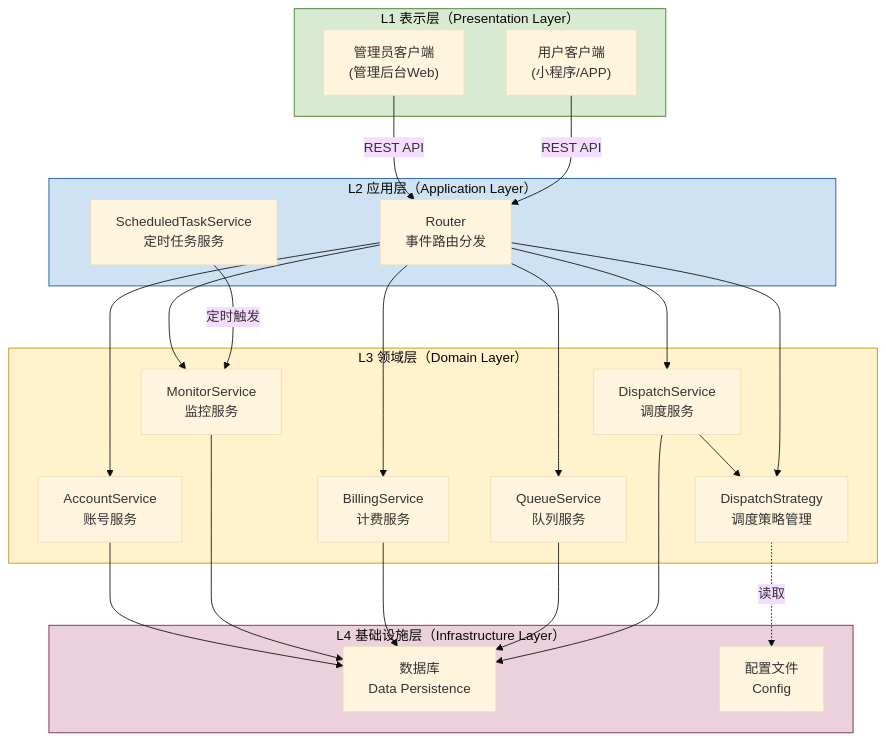
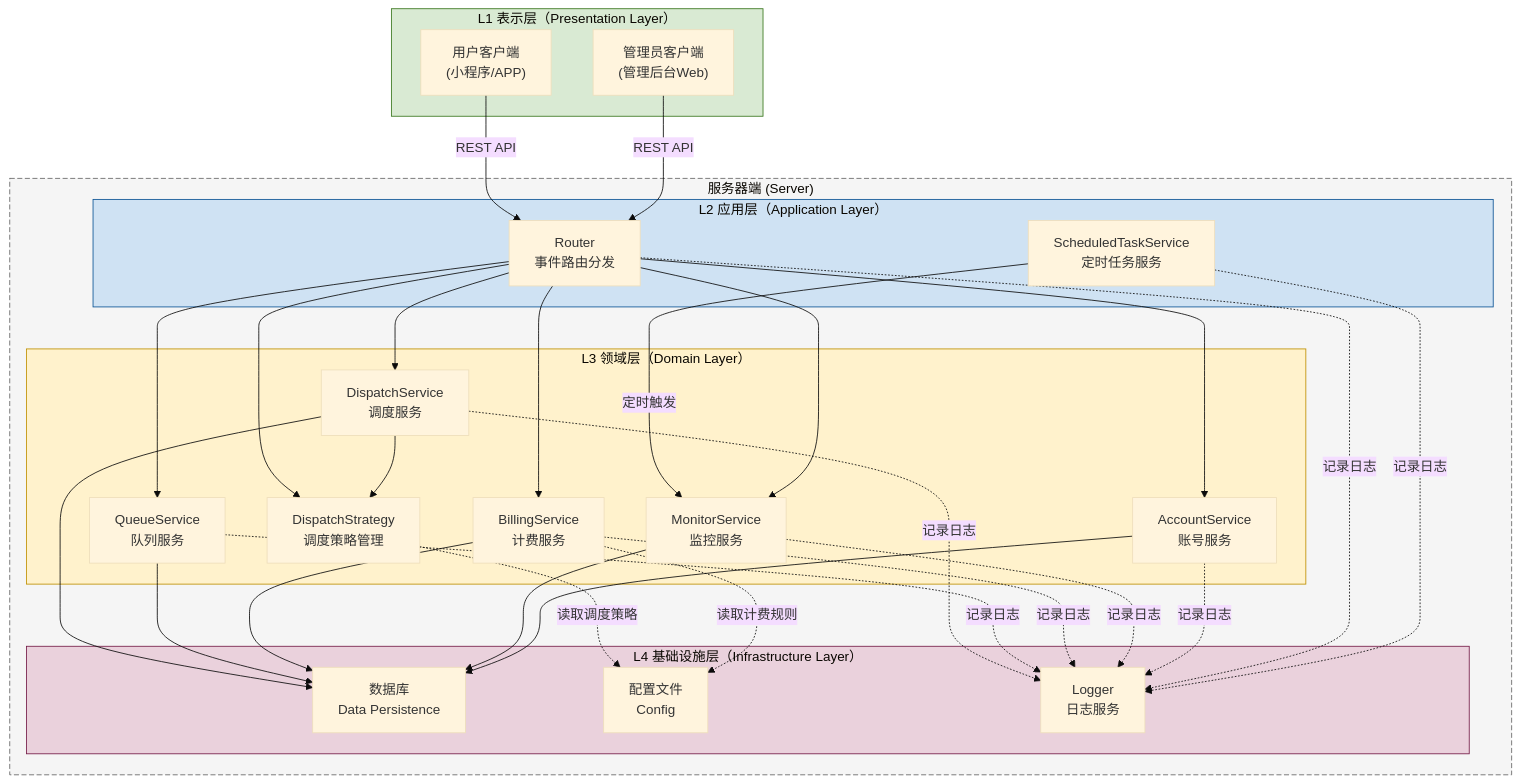
Before and after one commit to DuHaoyang626/charge-system: the first of 2 diagrams in docs/系统架构设计文档.md, drawn with Mermaid (base theme). The commit also changed other lines of this file and 3 other files, not shown here.

````diff
--- a/docs/系统架构设计文档.md
+++ b/docs/系统架构设计文档.md
@@ -24,50 +24,66 @@
 ```mermaid
 flowchart TD
     subgraph L1["L1 表示层（Presentation Layer）"]
         UC["用户客户端<br/>(小程序/APP)"]
         AC["管理员客户端<br/>(管理后台Web)"]
     end
     
-    subgraph L2["L2 应用层（Application Layer）"]
-        Router["Router<br/>事件路由分发"]
-        Scheduler["ScheduledTaskService<br/>定时任务服务"]
+    subgraph Server["服务器端 (Server)"]
+    
+        subgraph L2["L2 应用层（Application Layer）"]
+            Router["Router<br/>事件路由分发"]
+            Scheduler["ScheduledTaskService<br/>定时任务服务"]
+        end
+        
+        subgraph L3["L3 领域层（Domain Layer）"]
+            DS["DispatchService<br/>调度服务"]
+            DSt["DispatchStrategy<br/>调度策略管理"]
+            QS["QueueService<br/>队列服务"]
+            BS["BillingService<br/>计费服务"]
+            MS["MonitorService<br/>监控服务"]
+            AS["AccountService<br/>账号服务"]
+        end
+        
+        subgraph L4["L4 基础设施层（Infrastructure Layer）"]
+            DB["数据库<br/>Data Persistence"]
+            CF["配置文件<br/>Config"]
+            LG["Logger<br/>日志服务"]
+        end
+        
+        UC -->|"REST API"| Router
+        AC -->|"REST API"| Router
+        Scheduler -->|"定时触发"| MS
+        
+        Router --> DS
+        Router --> QS
+        Router --> BS
+        Router --> MS
+        Router --> AS
+        Router --> DSt
+        
+        DS --> DSt
+        DSt -.->|"读取调度策略"| CF
+        BS -.->|"读取计费规则"| CF
+        DS --> DB
+        QS --> DB
+        BS --> DB
+        MS --> DB
+        AS --> DB
+        
+        %% 全领域服务依赖 Logger
+        DS -.->|"记录日志"| LG
+        QS -.->|"记录日志"| LG
+        BS -.->|"记录日志"| LG
+        MS -.->|"记录日志"| LG
+        AS -.->|"记录日志"| LG
+        Router -.->|"记录日志"| LG
+        Scheduler -.->|"记录日志"| LG
+    
     end
     
-    subgraph L3["L3 领域层（Domain Layer）"]
-        DS["DispatchService<br/>调度服务"]
-        DSt["DispatchStrategy<br/>调度策略管理"]
-        QS["QueueService<br/>队列服务"]
-        BS["BillingService<br/>计费服务"]
-        MS["MonitorService<br/>监控服务"]
-        AS["AccountService<br/>账号服务"]
-    end
-    
-    subgraph L4["L4 基础设施层（Infrastructure Layer）"]
-        DB["数据库<br/>Data Persistence"]
-        CF["配置文件<br/>Config"]
-    end
-    
-    UC -->|"REST API"| Router
-    AC -->|"REST API"| Router
-    Scheduler -->|"定时触发"| MS
-    
-    Router --> DS
-    Router --> QS
-    Router --> BS
-    Router --> MS
-    Router --> AS
-    Router --> DSt
-    
-    DS --> DSt
-    DSt -.->|"读取"| CF
-    DS --> DB
-    QS --> DB
-    BS --> DB
-    MS --> DB
-    AS --> DB
-    
     style L1 fill:#d9ead3,stroke:#38761d
+    style Server fill:#f5f5f5,stroke:#666666,stroke-dasharray: 6 3
     style L2 fill:#cfe2f3,stroke:#0b5394
     style L3 fill:#fff2cc,stroke:#bf9000
     style L4 fill:#ead1dc,stroke:#741b47
 ```
````
